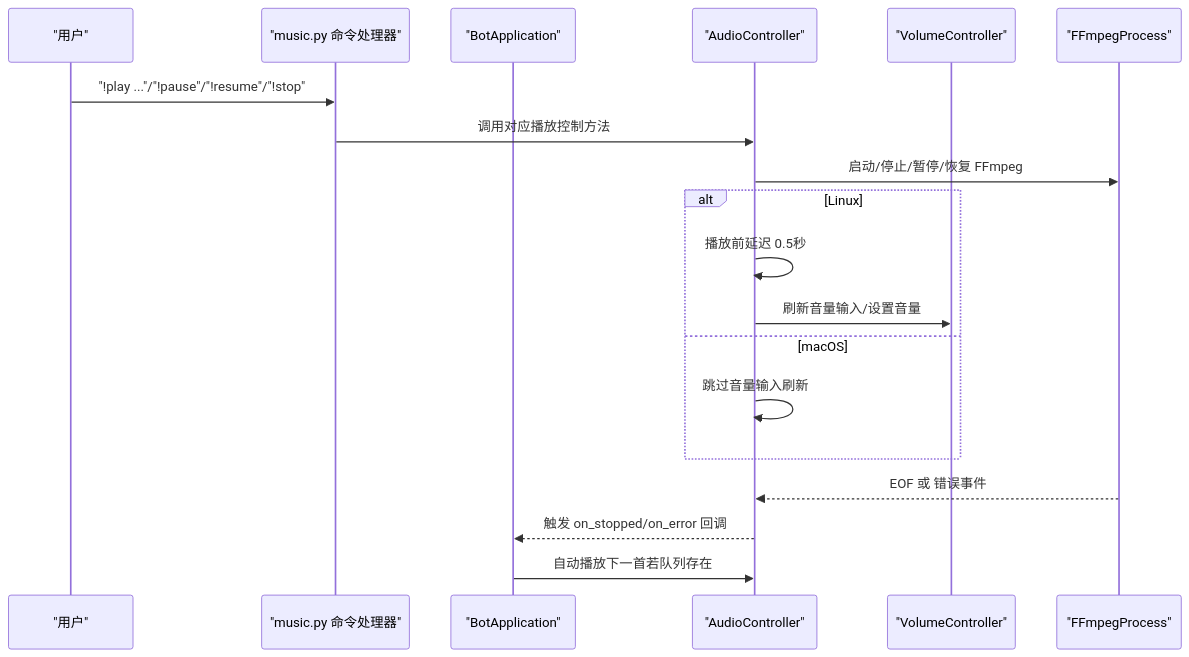
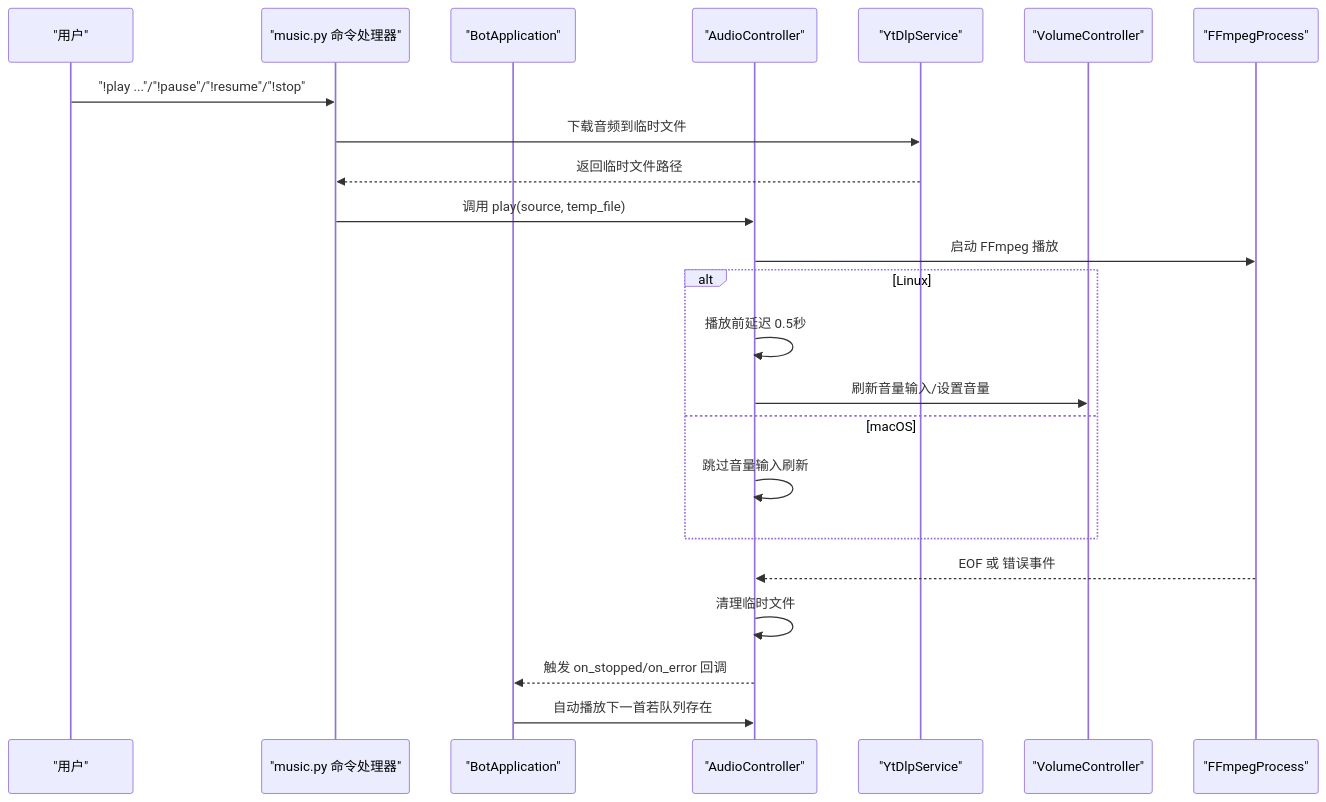
One commit to GhoulOwl/Teamspeak3_Bot changed the second of 9 diagrams in .qoder/repowiki/zh/content/音乐播放系统/音频控制器.md. Above: the diagram before and after it, drawn with Mermaid. The commit also changed other lines of this file and 5 other files, not shown here.

````diff
--- a/.qoder/repowiki/zh/content/音乐播放系统/音频控制器.md
+++ b/.qoder/repowiki/zh/content/音乐播放系统/音频控制器.md
@@ -129,21 +148,25 @@
 ```mermaid
 sequenceDiagram
 participant User as "用户"
 participant Cmd as "music.py 命令处理器"
 participant App as "BotApplication"
 participant Ctrl as "AudioController"
+participant YTDL as "YtDlpService"
 participant Vol as "VolumeController"
 participant FF as "FFmpegProcess"
 User->>Cmd : "!play ..."/"!pause"/"!resume"/"!stop"
-Cmd->>Ctrl : 调用对应播放控制方法
-Ctrl->>FF : 启动/停止/暂停/恢复 FFmpeg
+Cmd->>YTDL : 下载音频到临时文件
+YTDL-->>Cmd : 返回临时文件路径
+Cmd->>Ctrl : 调用 play(source, temp_file)
+Ctrl->>FF : 启动 FFmpeg 播放
 alt Linux
 Ctrl->>Ctrl : 播放前延迟 0.5秒
 Ctrl->>Vol : 刷新音量输入/设置音量
 else macOS
 Ctrl->>Ctrl : 跳过音量输入刷新
 end
 FF-->>Ctrl : EOF 或 错误事件
+Ctrl->>Ctrl : 清理临时文件
 Ctrl-->>App : 触发 on_stopped/on_error 回调
 App->>Ctrl : 自动播放下一首若队列存在
 ```
````
